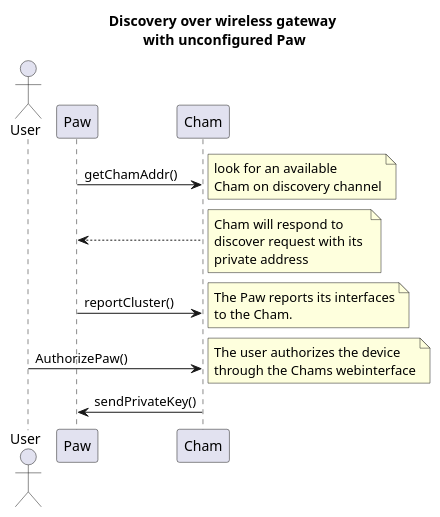
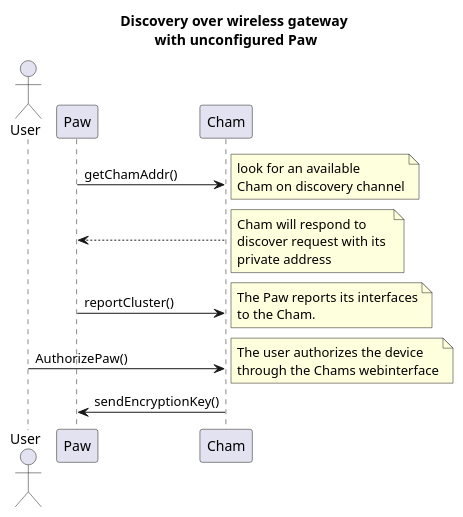
One commit to fiveohhh/cham9000 changed the second of 2 diagrams in docs/source/architecture.rst. Above: the diagram before and after it, drawn with PlantUML. The commit also changed other lines of this file, not shown here.

```diff
--- a/docs/source/architecture.rst
+++ b/docs/source/architecture.rst
@@ -81,28 +114,28 @@
 .. uml::
     title Discovery over wireless gateway\n with unconfigured Paw 
     
     actor User
     participant Paw
     participant Cham
     Paw -> Cham : getChamAddr()
     note right
         look for an available  
         Cham on discovery channel
     end note
     Paw <-- Cham
     note right
         Cham will respond to 
         discover request with its 
         private address
     end note
     Paw -> Cham : reportCluster()
     note right
         The Paw reports its interfaces
         to the Cham.
     end note
     User ->Cham : AuthorizePaw()
     note right
         The user authorizes the device
         through the Chams webinterface
     end note
-    Cham -> Paw : sendPrivateKey()
+    Cham -> Paw : sendEncryptionKey()    
```
